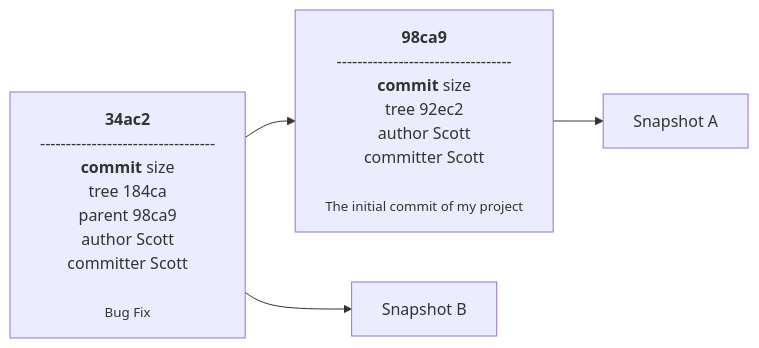
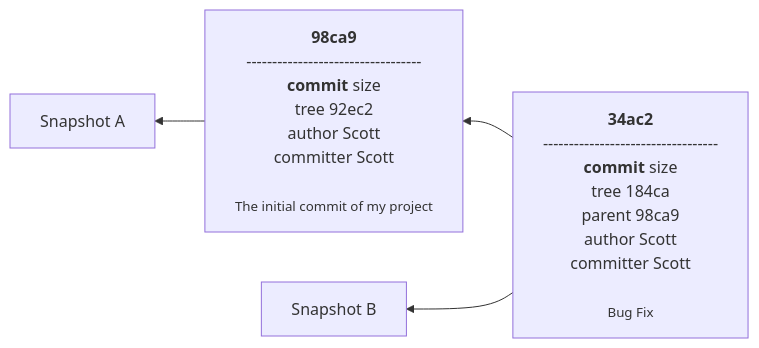
One commit to comarandr/wiki changed the fifth of 8 diagrams in linguaggi/git.qmd. Above: the diagram before and after it, drawn with Mermaid. The commit also changed other lines of this file and 25 other files, not shown here.

````diff
--- a/linguaggi/git.qmd
+++ b/linguaggi/git.qmd
@@ -541,11 +545,11 @@
 ```{mermaid}
-graph LR
+graph RL
 C["<b>98ca9</b><br/>----------------------------------<br/><b>commit</b> size<br/>tree 92ec2<br/>author Scott<br/>committer Scott<br/><br/><small>The initial commit of my project</small>"]
 S["Snapshot A"]
 D["<b>34ac2</b><br/>----------------------------------<br/><b>commit</b> size<br/>tree 184ca<br/>parent 98ca9<br/>author Scott<br/>committer Scott<br/><br/><small>Bug Fix</small>"]
 T["Snapshot B"]
 
 C --> S
 D --> T
 D --> C
 ```
````
